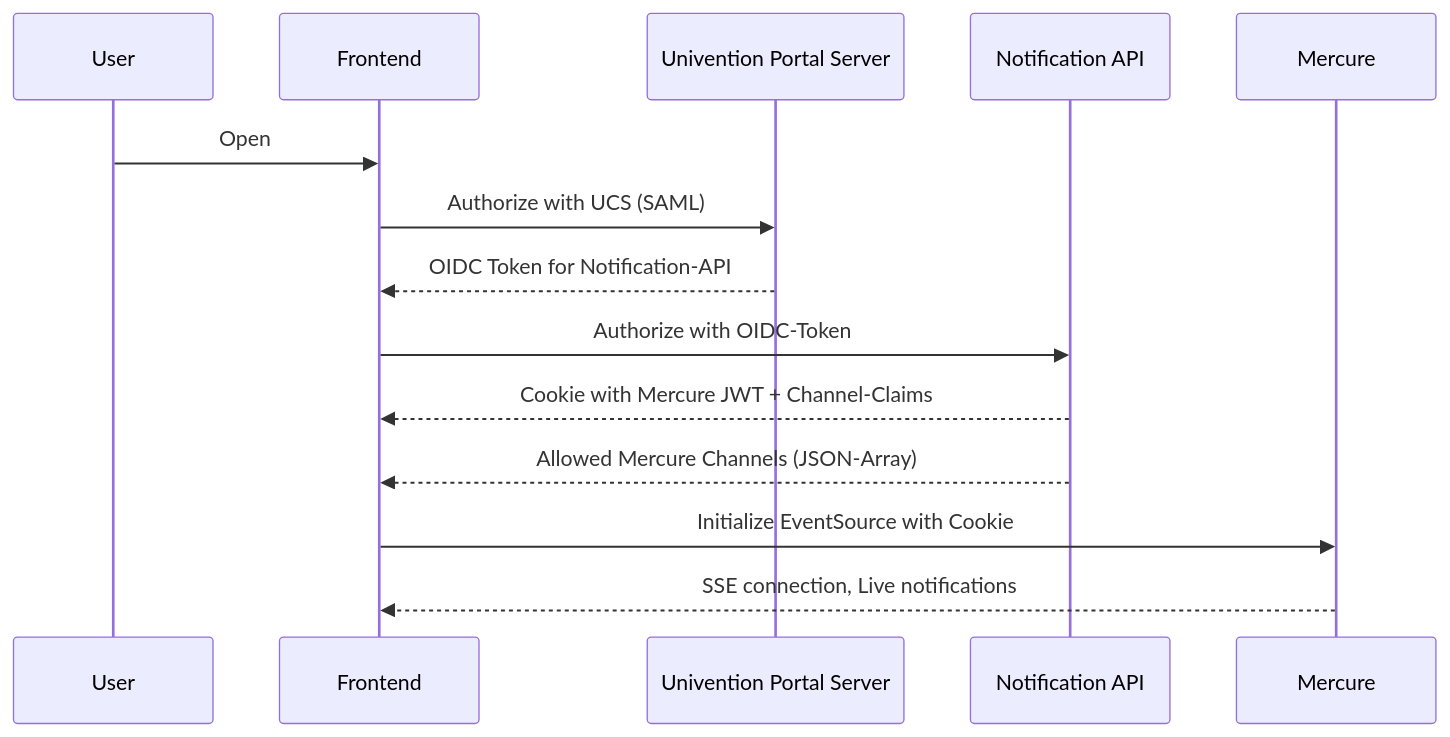
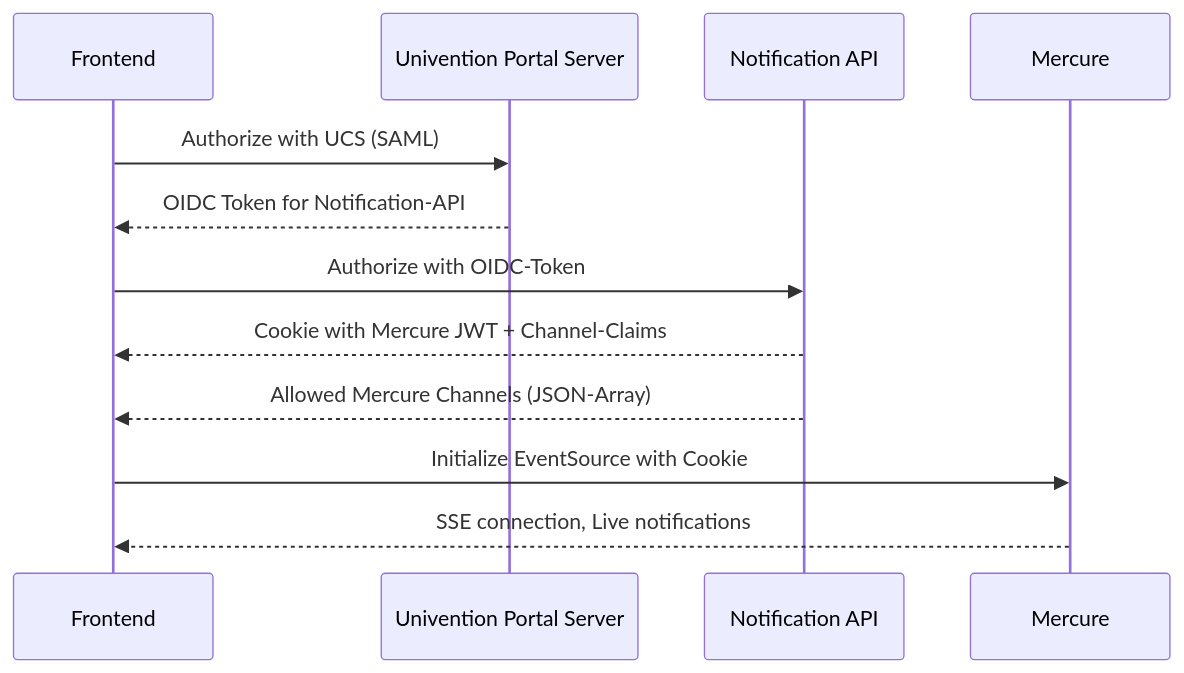
The first of 6 diagrams in doc/concepts/35_mercure_authorization.md (univention/univention-portal), drawn with Mermaid before and after one commit.

Commit message:
Removed user from diagrams as it only had a single connection

````diff
--- a/doc/concepts/35_mercure_authorization.md
+++ b/doc/concepts/35_mercure_authorization.md
@@ -20,11 +20,10 @@
 ```mermaid
 sequenceDiagram
-   User->>Frontend: Open
    Frontend->>Univention Portal Server: Authorize with UCS (SAML)
    Univention Portal Server-->>Frontend: OIDC Token for Notification-API
    Frontend->>Notification API: Authorize with OIDC-Token
    Notification API-->>Frontend: Cookie with Mercure JWT + Channel-Claims
    Notification API-->>Frontend: Allowed Mercure Channels (JSON-Array)
    Frontend->>Mercure: Initialize EventSource with Cookie
    Mercure-->>Frontend: SSE connection, Live notifications
 ```
````
